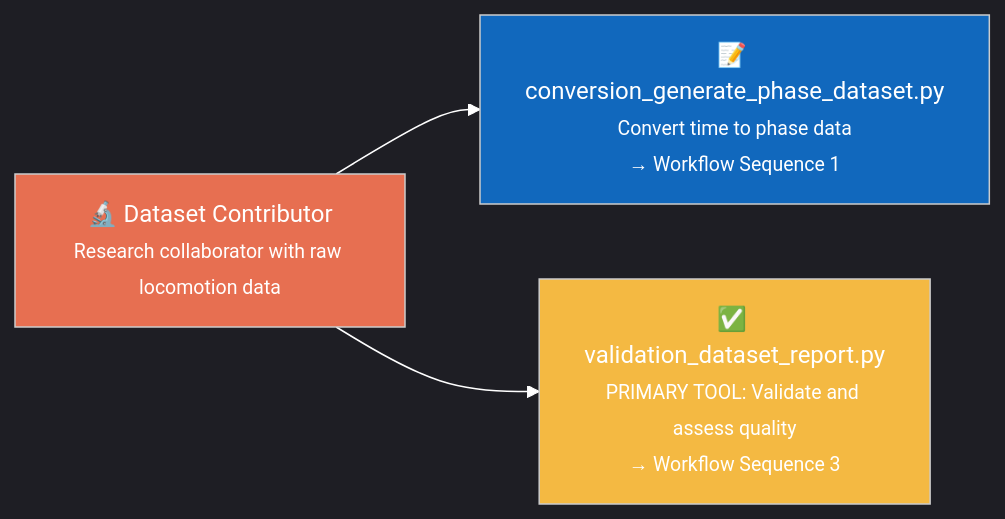
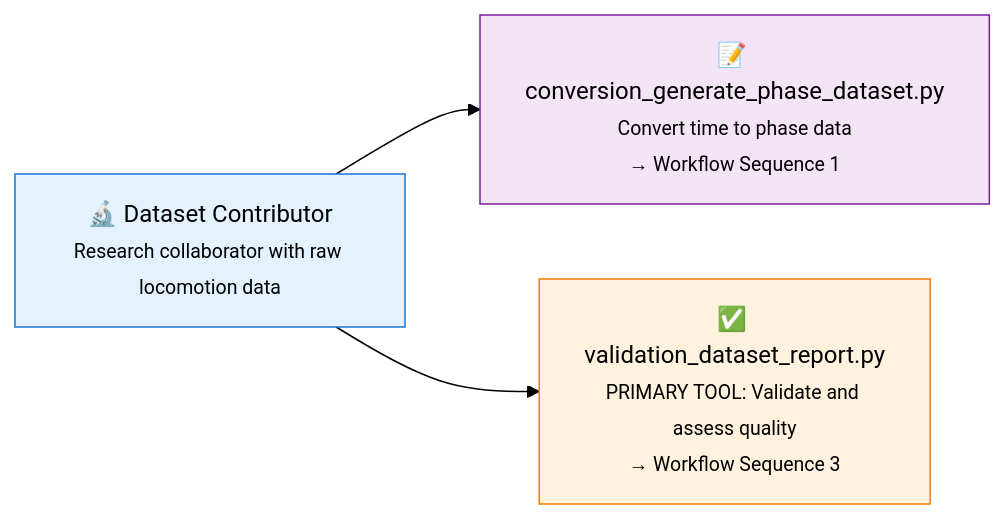
The first of 7 diagrams in docs/software_engineering/docs/01b_SYSTEM_CONTEXT.md (jmontp/LocoHub), drawn with Mermaid before and after one commit. The commit also changed other lines of this file and 14 other files, not shown here.

````diff
--- a/docs/software_engineering/docs/01b_SYSTEM_CONTEXT.md
+++ b/docs/software_engineering/docs/01b_SYSTEM_CONTEXT.md
@@ -36,14 +36,14 @@
 ```mermaid
-%%{init: {'theme': 'dark'}}%%
+%%{init: {'theme': 'default'}}%%
 graph LR
     DC["🔬 Dataset Contributor<br/><font size='-1'>Research collaborator with raw locomotion data</font>"] 
     
     DC --> CONVERT["📝 conversion_generate_phase_dataset.py<br/><font size='-1'>Convert time to phase data<br/>→ Workflow Sequence 1</font>"]
     DC --> VALIDATE["✅ validation_dataset_report.py<br/><font size='-1'>PRIMARY TOOL: Validate and assess quality<br/>→ Workflow Sequence 3</font>"]
     
-    style DC fill:#e76f51,color:white
-    style CONVERT fill:#1168bd,color:white
-    style VALIDATE fill:#f4b942,color:white
+    style DC fill:#e3f2fd,color:#000000,stroke:#1976d2
+    style CONVERT fill:#f3e5f5,color:#000000,stroke:#7b1fa2
+    style VALIDATE fill:#fff3e0,color:#000000,stroke:#f57c00
     
-    linkStyle default stroke:white
+    linkStyle default stroke:black
 ```
````
